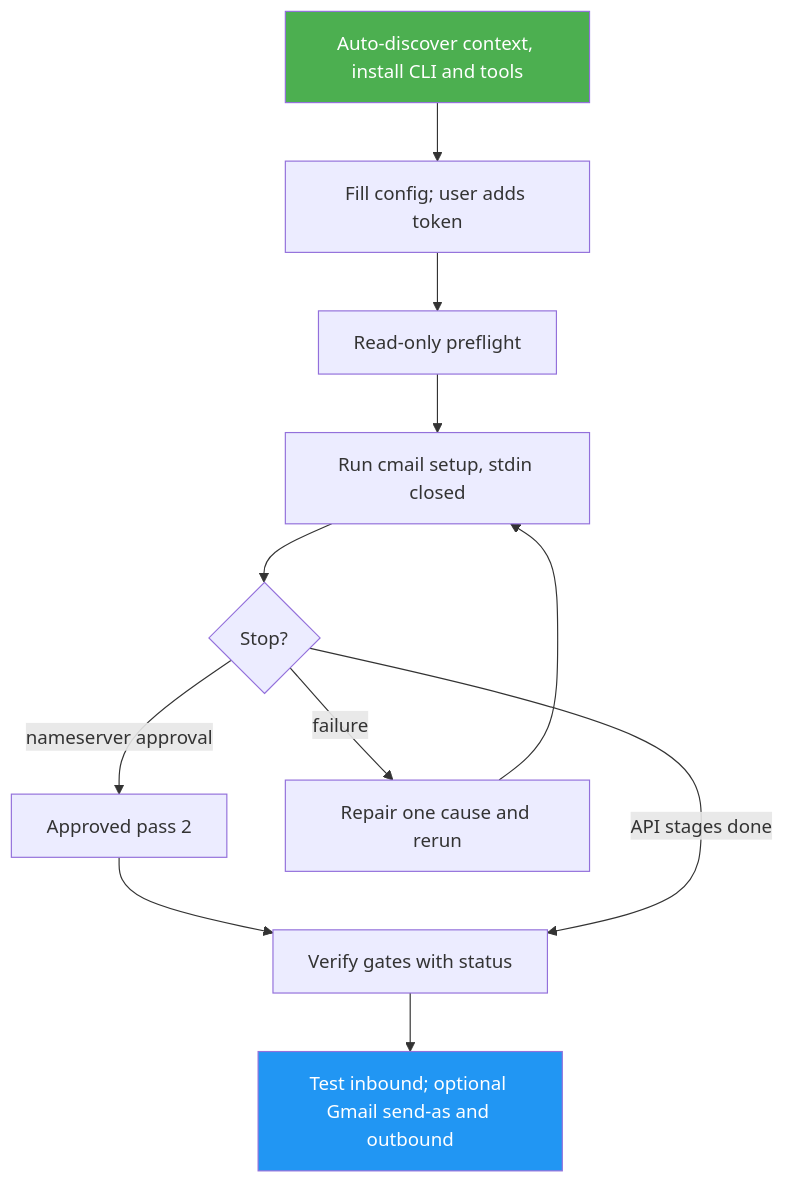
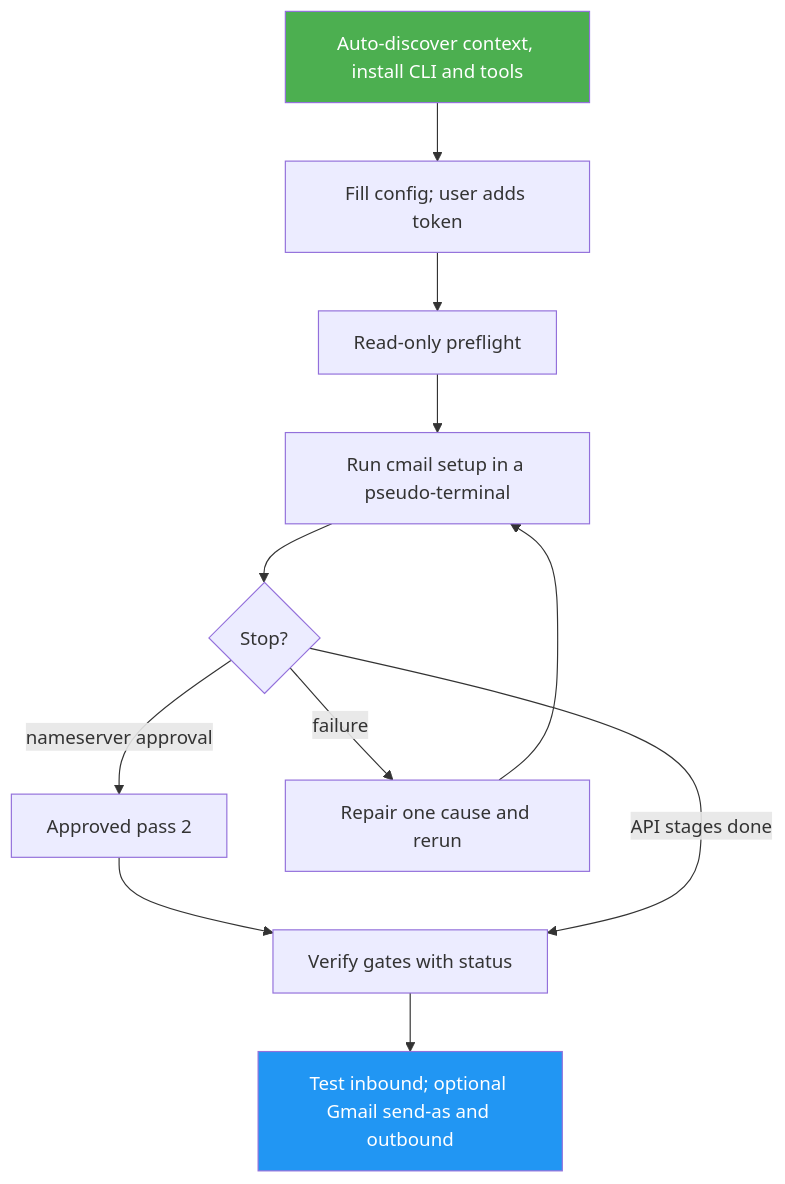
One commit to luongnv89/cmail changed the diagram in skills/cmail-setup/docs/README.md. Above: the diagram before and after it, drawn with Mermaid. The commit also changed other lines of this file and 86 other files, not shown here.

````diff
--- a/skills/cmail-setup/docs/README.md
+++ b/skills/cmail-setup/docs/README.md
@@ -37,15 +37,15 @@
 ```mermaid
 graph TD
     A[Auto-discover context, install CLI and tools] --> B[Fill config; user adds token]
     B --> C[Read-only preflight]
-    C --> D[Run cmail setup, stdin closed]
+    C --> D[Run cmail setup in a pseudo-terminal]
     D --> G{Stop?}
     G -->|nameserver approval| H[Approved pass 2]
     H --> I
     G -->|failure| F[Repair one cause and rerun]
     F --> D
     G -->|API stages done| I[Verify gates with status]
     I --> E[Test inbound; optional Gmail send-as and outbound]
     style A fill:#4CAF50,color:#fff
     style E fill:#2196F3,color:#fff
 ```
````
